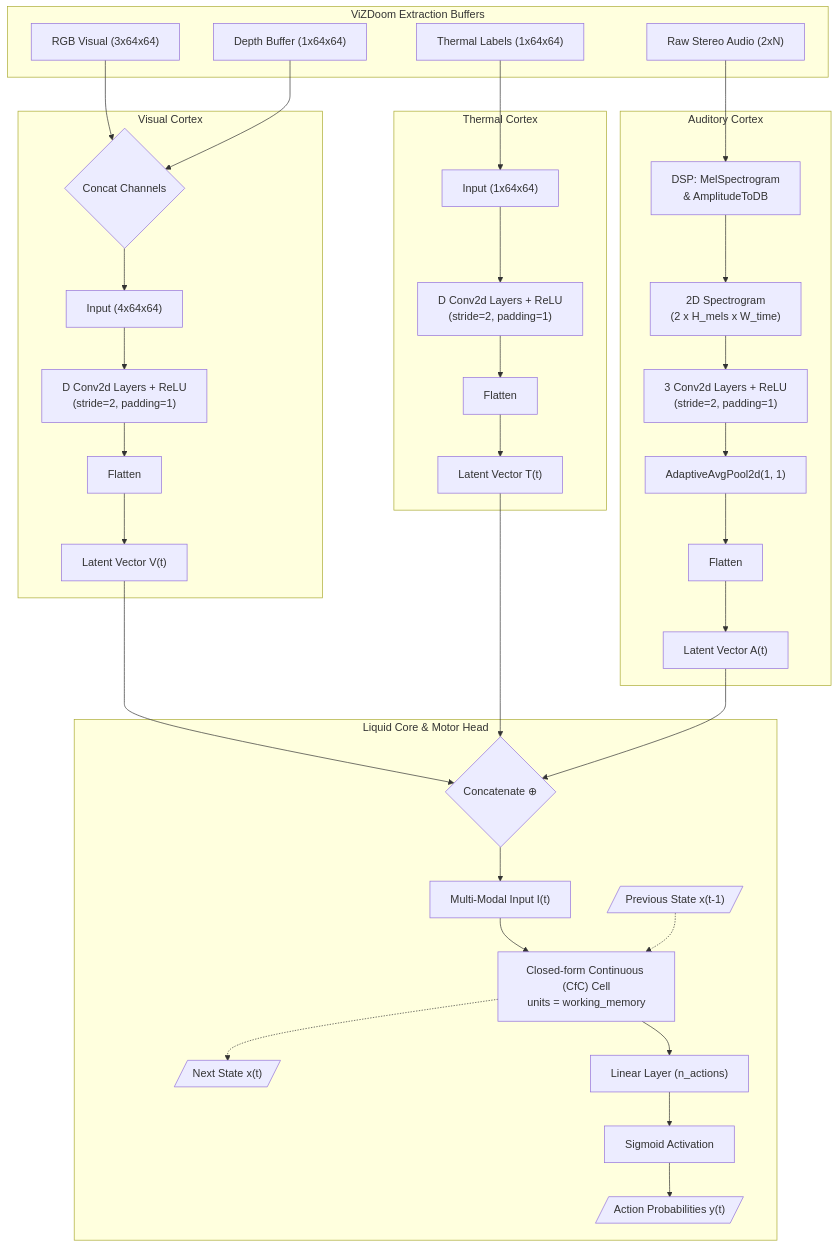
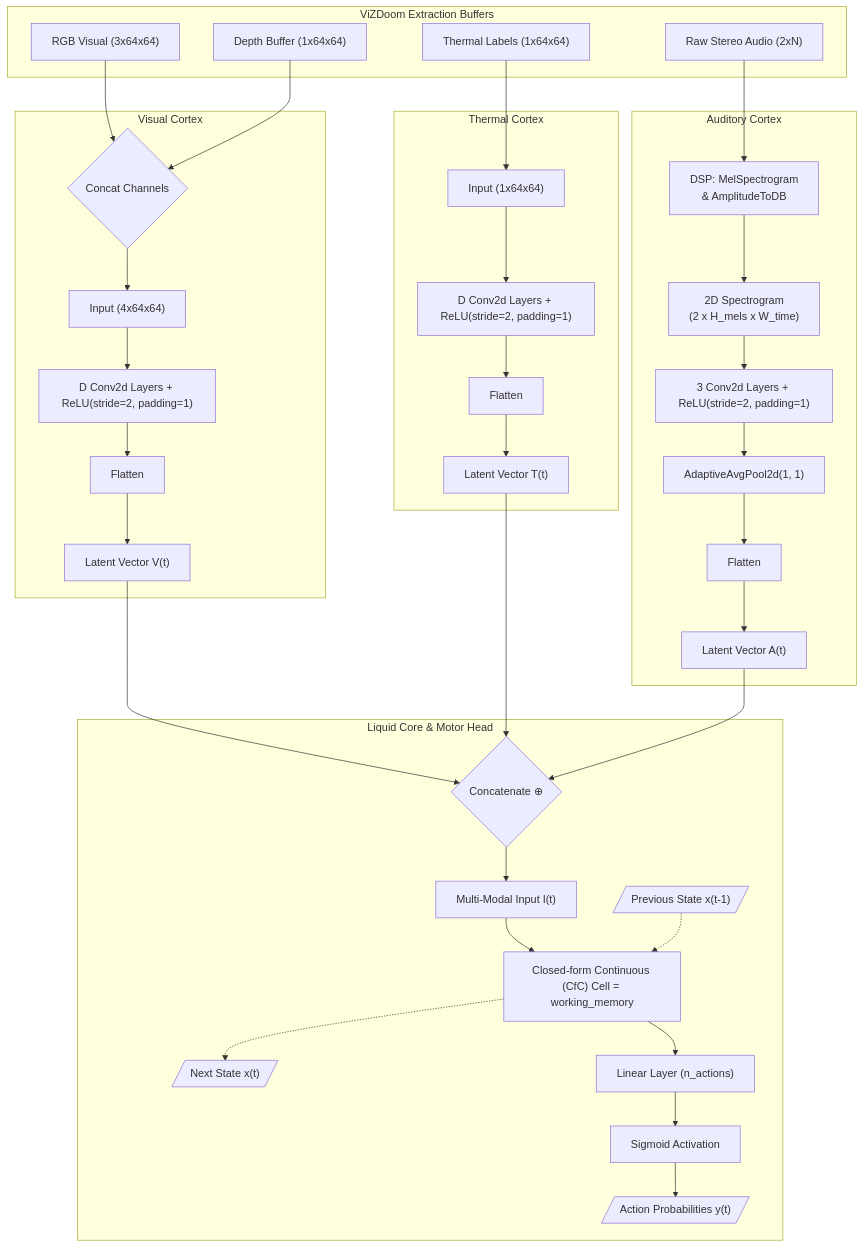
One commit to chinchalinchin/golem changed the diagram in docs/model/brain.md. Above: the diagram before and after it, drawn with Mermaid. The commit also changed 8 other files, not shown here.

````diff
--- a/docs/model/brain.md
+++ b/docs/model/brain.md
@@ -5,70 +5,70 @@
 ```mermaid
 flowchart TD
     subgraph Engine [ViZDoom Extraction Buffers]
         O_vis["RGB Visual (3x64x64)"]
         O_dep["Depth Buffer (1x64x64)"]
         O_thm["Thermal Labels (1x64x64)"]
         O_aud["Raw Stereo Audio (2xN)"]
     end
 
     subgraph VisCortex [Visual Cortex]
         Concat_Vis{"Concat Channels"}
         VisIn["Input (4x64x64)"]
-        VisCNN["D Conv2d Layers + ReLU\n(stride=2, padding=1)"]
+        VisCNN["D Conv2d Layers + ReLU(stride=2, padding=1)"]
         VisFlat["Flatten"]
         V_t["Latent Vector V(t)"]
     end
 
     subgraph ThmCortex [Thermal Cortex]
         ThmIn["Input (1x64x64)"]
-        ThmCNN["D Conv2d Layers + ReLU\n(stride=2, padding=1)"]
+        ThmCNN["D Conv2d Layers + ReLU(stride=2, padding=1)"]
         ThmFlat["Flatten"]
         T_t["Latent Vector T(t)"]
     end
 
     subgraph AudCortex [Auditory Cortex]
         DSP["DSP: MelSpectrogram\n& AmplitudeToDB"]
         Mel["2D Spectrogram\n(2 x H_mels x W_time)"]
-        AudCNN["3 Conv2d Layers + ReLU\n(stride=2, padding=1)"]
+        AudCNN["3 Conv2d Layers + ReLU(stride=2, padding=1)"]
         AudPool["AdaptiveAvgPool2d(1, 1)"]
         AudFlat["Flatten"]
         A_t["Latent Vector A(t)"]
     end
 
     subgraph Core [Liquid Core & Motor Head]
         Fusion{"Concatenate ⊕"}
         I_t["Multi-Modal Input I(t)"]
-        CfC["Closed-form Continuous (CfC) Cell\nunits = working_memory"]
+        CfC["Closed-form Continuous (CfC) Cell = working_memory"]
         hx_in[/"Previous State x(t-1)"/]
         hx_out[/"Next State x(t)"/]
         Linear["Linear Layer (n_actions)"]
         Sigmoid["Sigmoid Activation"]
         Y_t[/"Action Probabilities y(t)"/]
     end
 
     %% Visual Flow
     O_vis --> Concat_Vis
     O_dep --> Concat_Vis
     Concat_Vis --> VisIn
     VisIn --> VisCNN --> VisFlat --> V_t
 
     %% Thermal Flow
     O_thm --> ThmIn
     ThmIn --> ThmCNN --> ThmFlat --> T_t
 
     %% Auditory Flow
     O_aud --> DSP --> Mel --> AudCNN --> AudPool --> AudFlat --> A_t
 
     %% Fusion
     V_t --> Fusion
     T_t --> Fusion
     A_t --> Fusion
 
     %% State and Output
     Fusion --> I_t
     I_t --> CfC
     hx_in -.-> CfC
     CfC -.-> hx_out
     CfC --> Linear
     Linear --> Sigmoid --> Y_t
 ```
````
